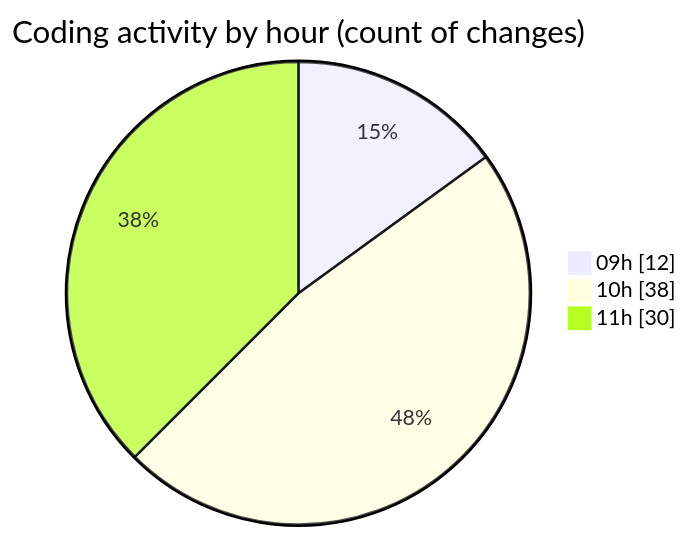
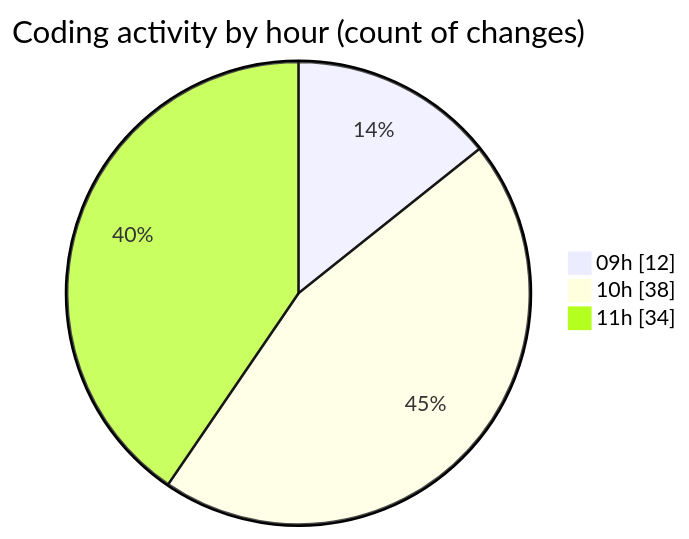
Before and after one commit to momahboobian/code-tracking: the second of 2 diagrams in 2025-10-03/cda/README.md, drawn with Mermaid. The commit also changed other lines of this file and 1 other file, not shown here.

````diff
--- a/2025-10-03/cda/README.md
+++ b/2025-10-03/cda/README.md
@@ -33,7 +33,7 @@
 ```mermaid
 pie showData
 title Coding activity by hour (count of changes)
 "09h" : 12
 "10h" : 38
-"11h" : 30
+"11h" : 34
 ```
````
